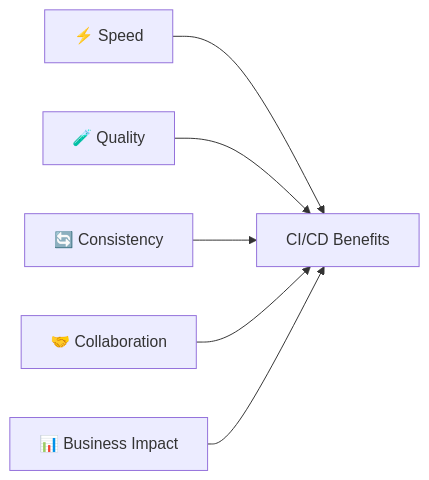
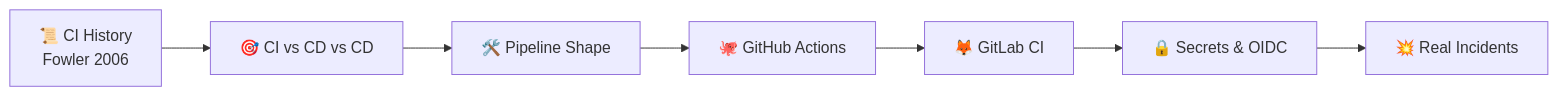
Before and after one commit to kicchhi/DevOps-Intro: the first of 5 diagrams in lectures/lec3.md, drawn with Mermaid. The commit also changed other lines of this file and 11 other files, not shown here.

````diff
--- a/lectures/lec3.md
+++ b/lectures/lec3.md
@@ -50,8 +32,9 @@
 ```mermaid
 graph LR
-  A[⚡ Speed] --> CI[CI/CD Benefits]
-  B[🧪 Quality] --> CI
-  C[🔄 Consistency] --> CI
-  D[🤝 Collaboration] --> CI
-  E[📊 Business Impact] --> CI
+    A["📜 CI History<br/>Fowler 2006"] --> B["🎯 CI vs CD vs CD"]
+    B --> C["🛠️ Pipeline Shape"]
+    C --> D["🐙 GitHub Actions"]
+    D --> E["🦊 GitLab CI"]
+    E --> F["🔒 Secrets & OIDC"]
+    F --> G["💥 Real Incidents"]
 ```
````
